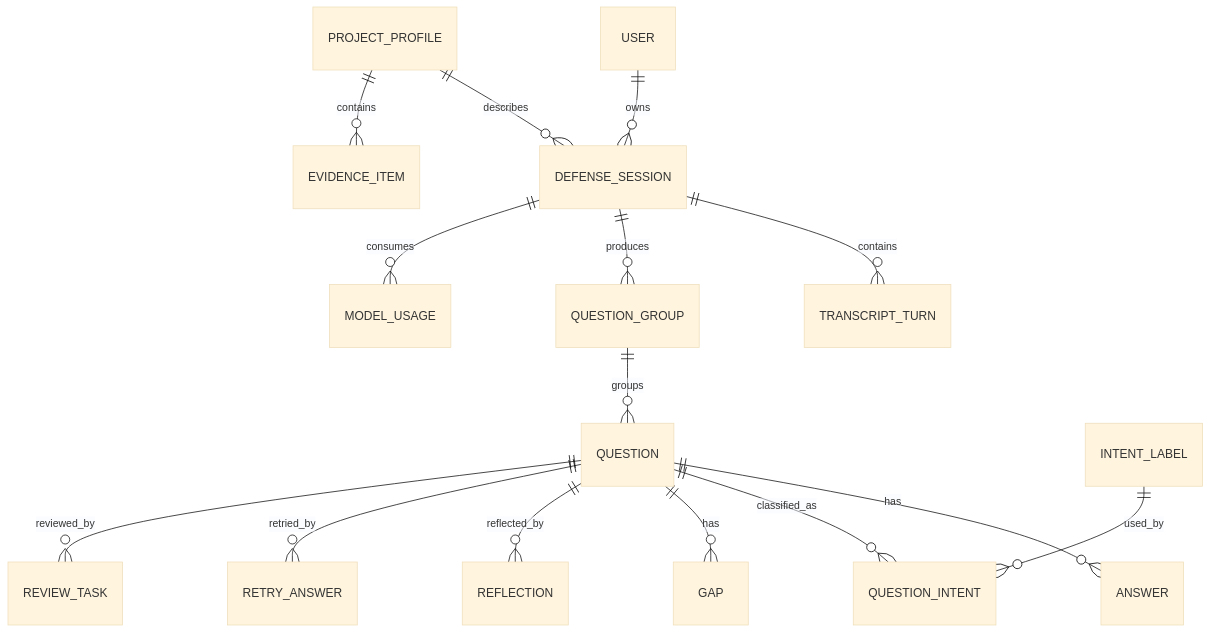
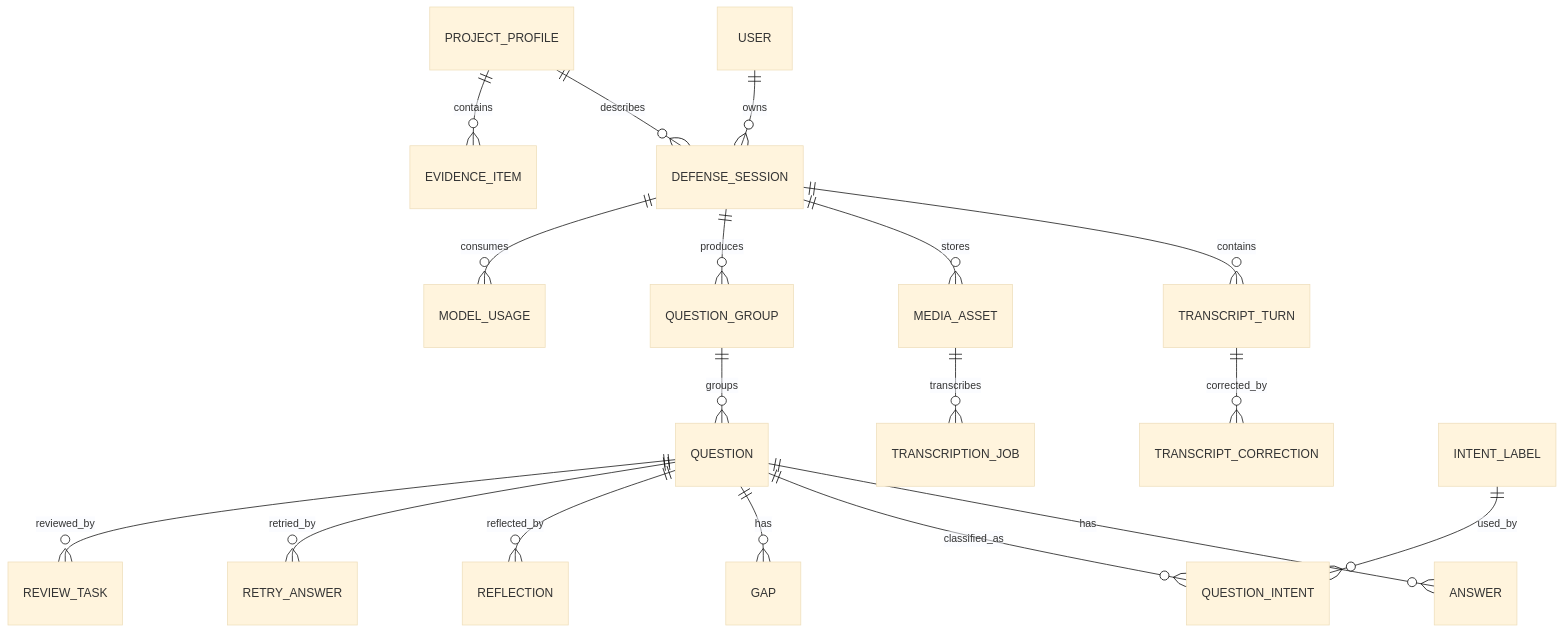
The diagram in docs/08-data-model.md (xqh300999/Interview-Reflection-AI), drawn with Mermaid (base theme) before and after one commit. The commit also changed other lines of this file and 6 other files, not shown here.

Commit message:
docs: define api, transcription and prototype flow

````diff
--- a/docs/08-data-model.md
+++ b/docs/08-data-model.md
@@ -21,17 +21,20 @@
 ```mermaid
 erDiagram
     USER ||--o{ DEFENSE_SESSION : owns
     PROJECT_PROFILE ||--o{ DEFENSE_SESSION : describes
     DEFENSE_SESSION ||--o{ TRANSCRIPT_TURN : contains
+    DEFENSE_SESSION ||--o{ MEDIA_ASSET : stores
+    MEDIA_ASSET ||--o{ TRANSCRIPTION_JOB : transcribes
+    TRANSCRIPT_TURN ||--o{ TRANSCRIPT_CORRECTION : corrected_by
     DEFENSE_SESSION ||--o{ QUESTION_GROUP : produces
     QUESTION_GROUP ||--o{ QUESTION : groups
     QUESTION ||--o{ ANSWER : has
     QUESTION ||--o{ QUESTION_INTENT : classified_as
     INTENT_LABEL ||--o{ QUESTION_INTENT : used_by
     QUESTION ||--o{ GAP : has
     QUESTION ||--o{ REFLECTION : reflected_by
     QUESTION ||--o{ RETRY_ANSWER : retried_by
     QUESTION ||--o{ REVIEW_TASK : reviewed_by
     DEFENSE_SESSION ||--o{ MODEL_USAGE : consumes
     PROJECT_PROFILE ||--o{ EVIDENCE_ITEM : contains
 ```
````
